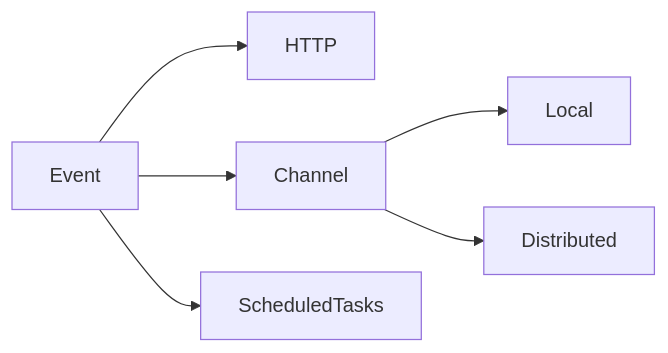
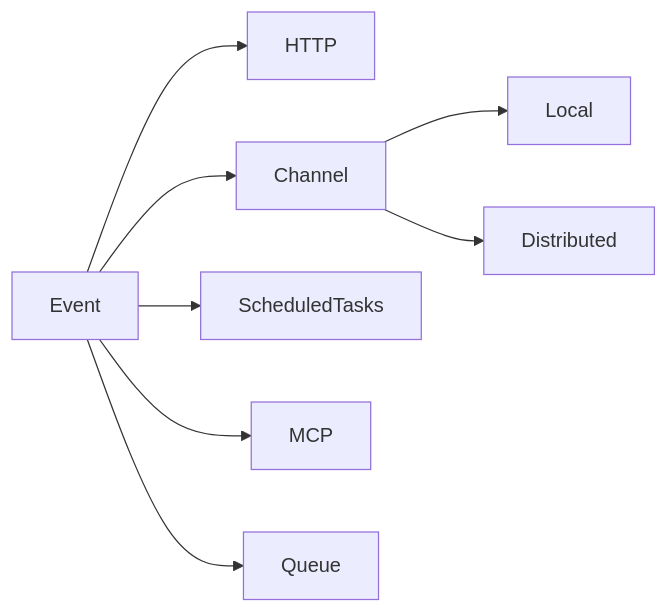
The fourth of 5 diagrams in docs/concepts/index.md (pikkujs/website), drawn with Mermaid before and after one commit. The commit also changed 27 other files, not shown here.

````diff
--- a/docs/concepts/index.md
+++ b/docs/concepts/index.md
@@ -111,12 +111,14 @@
 ```mermaid
 flowchart LR
   HTTP
   Channel
   ScheduledTasks
 
   Event --> HTTP
   Event --> Channel
+  Event --> MCP
+  Event --> Queue
+  Event --> ScheduledTasks
   Channel --> Local
   Channel --> Distributed
-  Event --> ScheduledTasks
 ```
````
